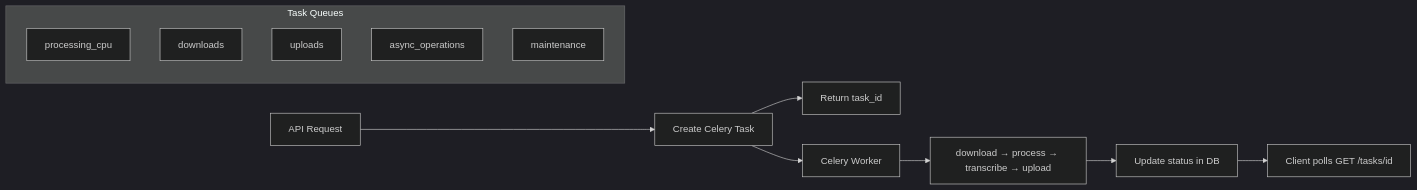
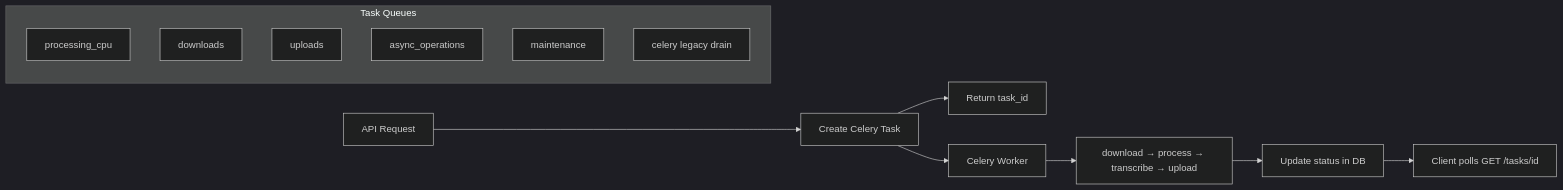
Diagram 19 of 39 in backend/docs/ARCHITECTURE_SCHEMAS.md (GordeyZuev/LEAP), drawn with Mermaid (dark theme) before and after one commit. The commit also changed other lines of this file and 125 other files, not shown here.

````diff
--- a/backend/docs/ARCHITECTURE_SCHEMAS.md
+++ b/backend/docs/ARCHITECTURE_SCHEMAS.md
@@ -434,17 +451,18 @@
 ```mermaid
 flowchart LR
     A[API Request] --> B[Create Celery Task]
     B --> C[Return task_id]
     B --> D[Celery Worker]
     D --> E[download → process → transcribe → upload]
     E --> F[Update status in DB]
     F --> G[Client polls GET /tasks/id]
 
     subgraph Queues["Task Queues"]
         Q1[processing_cpu]
         Q2[downloads]
         Q3[uploads]
         Q4[async_operations]
         Q5[maintenance]
+        Q6[celery legacy drain]
     end
 ```
````
